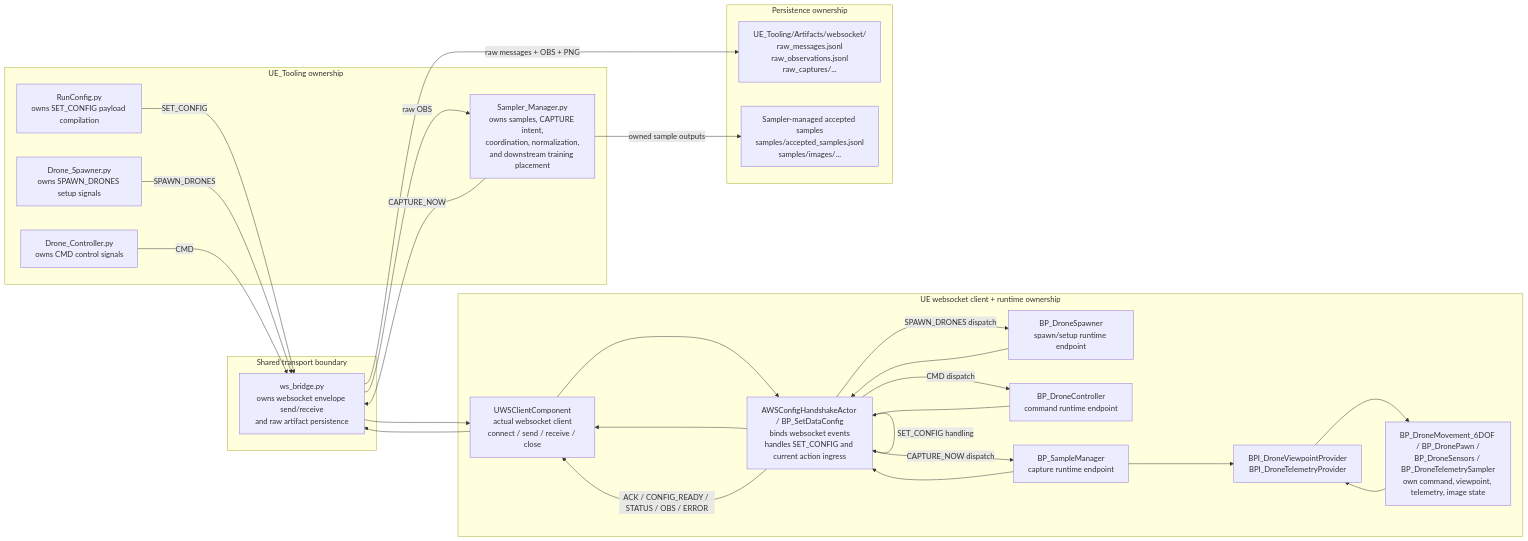
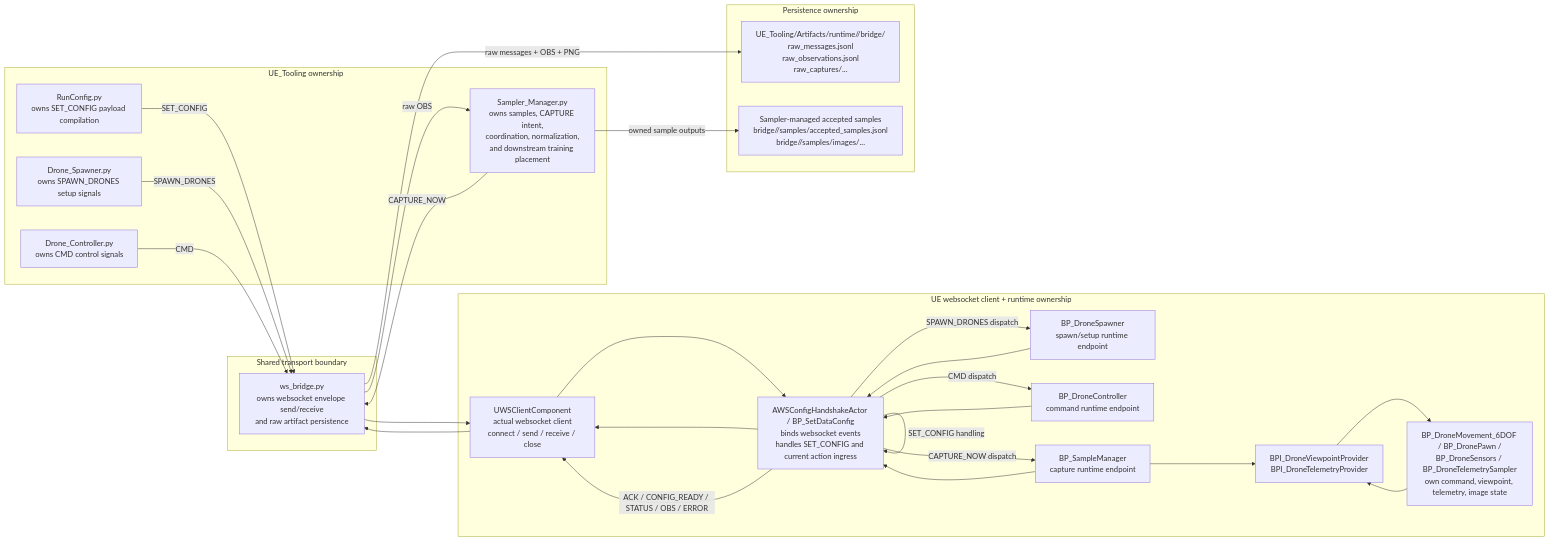
One commit to HaleTruman/et-drone-hone changed the diagram in docs/data/data_contract.md. Above: the diagram before and after it, drawn with Mermaid. The commit also changed other lines of this file, not shown here.

First line of the commit message:
docs(data-contract): align the broad contract with the live build and runtime model

````diff
--- a/docs/data/data_contract.md
+++ b/docs/data/data_contract.md
@@ -9,55 +19,55 @@
 ```mermaid
 flowchart LR
     subgraph Tooling["UE_Tooling ownership"]
         RC["RunConfig.py<br/>owns SET_CONFIG payload compilation"]
         DS["Drone_Spawner.py<br/>owns SPAWN_DRONES setup signals"]
         DC["Drone_Controller.py<br/>owns CMD control signals"]
         SM["Sampler_Manager.py<br/>owns samples, CAPTURE intent,<br/>coordination, normalization,<br/>and downstream training placement"]
     end
 
     subgraph Transport["Shared transport boundary"]
         WS["ws_bridge.py<br/>owns websocket envelope send/receive<br/>and raw artifact persistence"]
     end
 
     subgraph Unreal["UE websocket client + runtime ownership"]
         WSC["UWSClientComponent<br/>actual websocket client<br/>connect / send / receive / close"]
         CFG["AWSConfigHandshakeActor / BP_SetDataConfig<br/>binds websocket events<br/>handles SET_CONFIG and current action ingress"]
         SPN["BP_DroneSpawner<br/>spawn/setup runtime endpoint"]
         CTR["BP_DroneController<br/>command runtime endpoint"]
         CAP["BP_SampleManager<br/>capture runtime endpoint"]
         IFACE["BPI_DroneViewpointProvider<br/>BPI_DroneTelemetryProvider"]
         DRN["BP_DroneMovement_6DOF / BP_DronePawn /<br/>BP_DroneSensors / BP_DroneTelemetrySampler<br/>own command, viewpoint, telemetry, image state"]
     end
 
     subgraph Storage["Persistence ownership"]
-        RAW["UE_Tooling/Artifacts/websocket/<run_id><br/>raw_messages.jsonl<br/>raw_observations.jsonl<br/>raw_captures/..."]
-        NORM["Sampler-managed accepted samples<br/>samples/accepted_samples.jsonl<br/>samples/images/..."]
+        RAW["UE_Tooling/Artifacts/runtime/<runtime_run_id>/bridge/<runtime_run_id><br/>raw_messages.jsonl<br/>raw_observations.jsonl<br/>raw_captures/..."]
+        NORM["Sampler-managed accepted samples<br/>bridge/<runtime_run_id>/samples/accepted_samples.jsonl<br/>bridge/<runtime_run_id>/samples/images/..."]
     end
 
     RC -- "SET_CONFIG" --> WS
     DS -- "SPAWN_DRONES" --> WS
     DC -- "CMD" --> WS
     SM -- "CAPTURE_NOW" --> WS
 
     WS --> WSC
     WSC --> CFG
 
     CFG -- "SET_CONFIG handling" --> CFG
     CFG -- "SPAWN_DRONES dispatch" --> SPN
     CFG -- "CMD dispatch" --> CTR
     CFG -- "CAPTURE_NOW dispatch" --> CAP
 
     CFG --> WSC
     SPN --> CFG
     CTR --> CFG
     CAP --> IFACE
     IFACE --> DRN
     DRN --> IFACE
     CAP --> CFG
     CFG -- "ACK / CONFIG_READY / STATUS / OBS / ERROR" --> WSC
     WSC --> WS
 
     WS -- "raw OBS" --> SM
     WS -- "raw messages + OBS + PNG" --> RAW
     SM -- "owned sample outputs" --> NORM
 ```
````
